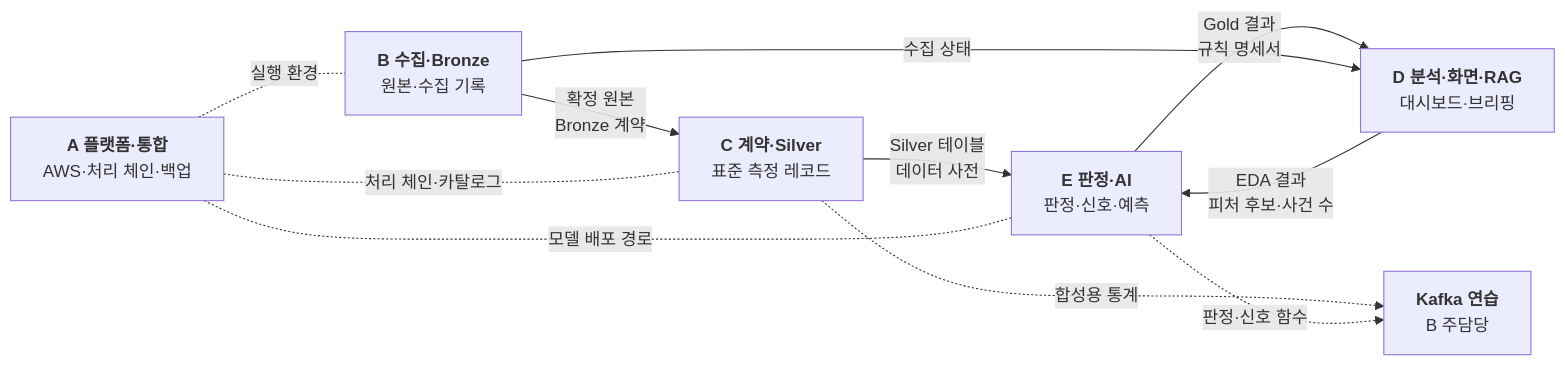
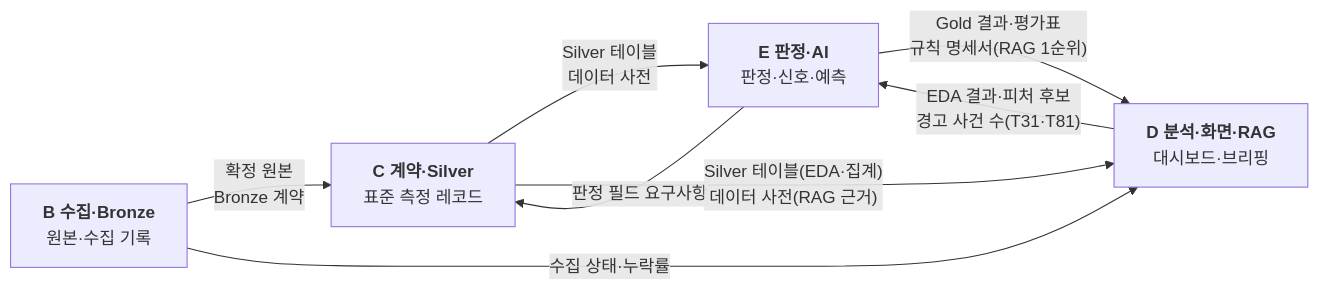
Before and after one commit to songnode/202610_T-Academy-01: the second of 3 diagrams in 20261028_계획서.md, drawn with Mermaid. The commit also changed other lines of this file, not shown here.

First line of the commit message:
Revise project plan and data flow details

````diff
--- a/20261028_계획서.md
+++ b/20261028_계획서.md
@@ -414,13 +417,15 @@
 ```mermaid
 flowchart LR
-    B["<b>B 수집·Bronze</b><br/>원본·수집 기록"] -->|"확정 원본<br/>Bronze 계약"| C["<b>C 계약·Silver</b><br/>표준 측정 레코드"]
-    C -->|"Silver 테이블<br/>데이터 사전"| E["<b>E 판정·AI</b><br/>판정·신호·예측"]
-    E -->|"Gold 결과<br/>규칙 명세서"| D["<b>D 분석·화면·RAG</b><br/>대시보드·브리핑"]
-    D -->|"EDA 결과<br/>피처 후보·사건 수"| E
-    B -->|"수집 상태"| D
-    A["<b>A 플랫폼·통합</b><br/>AWS·처리 체인·백업"] -.-|"실행 환경"| B
-    A -.-|"처리 체인·카탈로그"| C
-    A -.-|"모델 배포 경로"| E
-    C -.->|"합성용 통계"| K["<b>Kafka 연습</b><br/>B 주담당"]
-    E -.->|"판정·신호 함수"| K
+    B["<b>B 수집·Bronze</b><br/>원본·수집 기록"]
+    C["<b>C 계약·Silver</b><br/>표준 측정 레코드"]
+    E["<b>E 판정·AI</b><br/>판정·신호·예측"]
+    D["<b>D 분석·화면·RAG</b><br/>대시보드·브리핑"]
+
+    B -->|"확정 원본<br/>Bronze 계약"| C
+    C -->|"Silver 테이블<br/>데이터 사전"| E
+    E -->|"판정 필드 요구사항"| C
+    E -->|"Gold 결과·평가표<br/>규칙 명세서(RAG 1순위)"| D
+    C -->|"Silver 테이블(EDA·집계)<br/>데이터 사전(RAG 근거)"| D
+    D -->|"EDA 결과·피처 후보<br/>경고 사건 수(T31·T81)"| E
+    B -->|"수집 상태·누락률"| D
 ```
````
